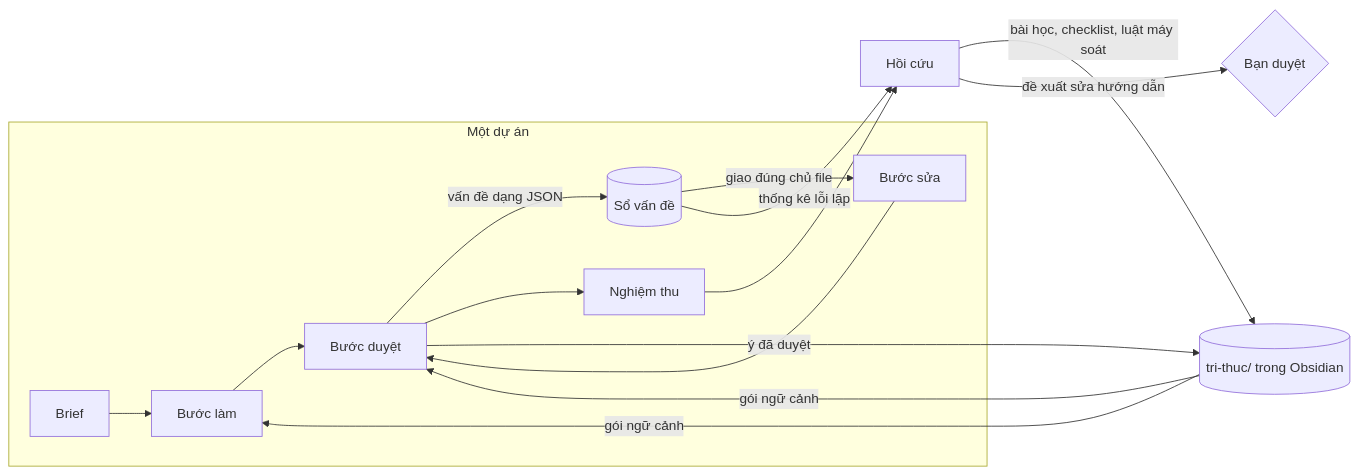
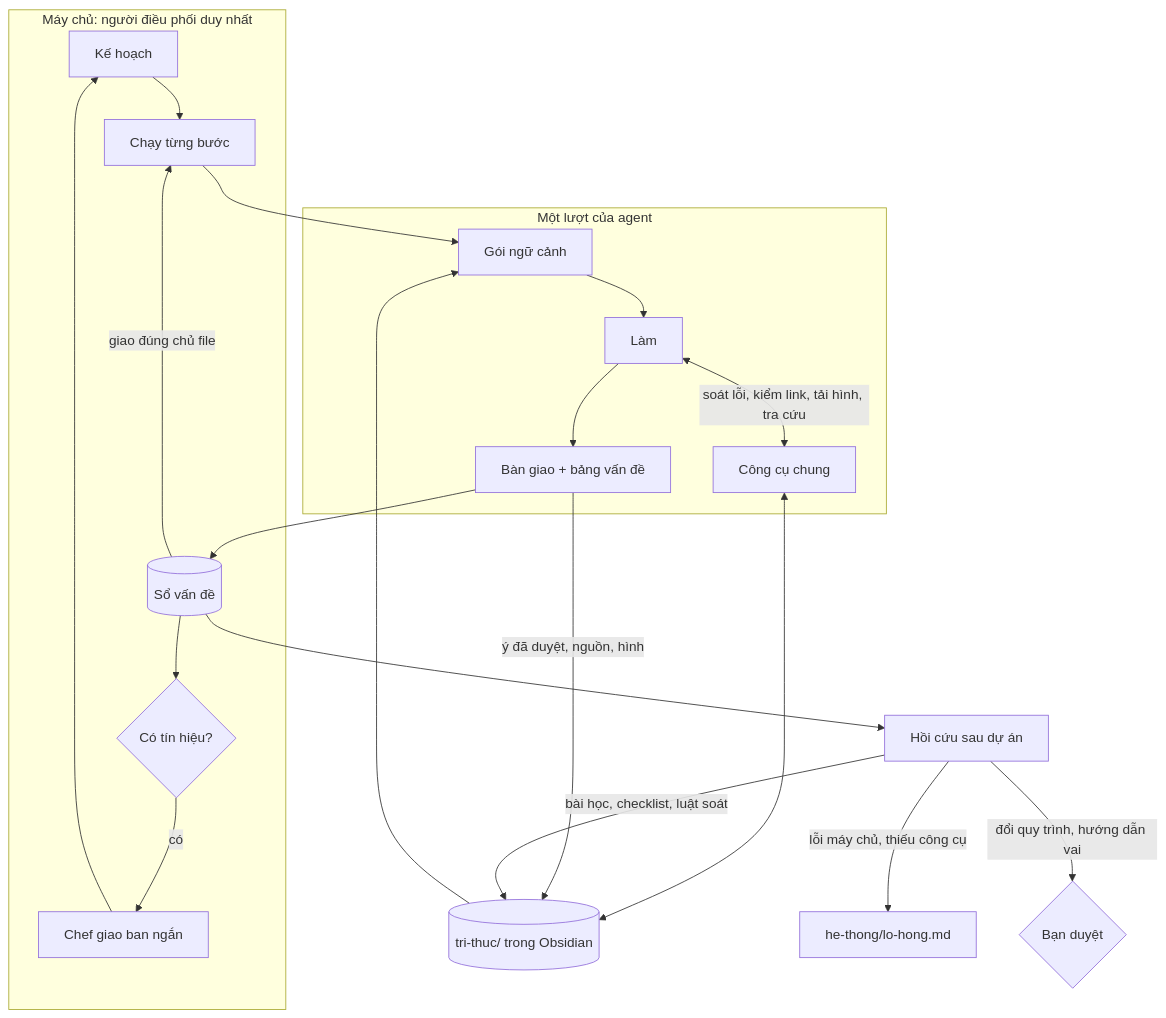
One commit to TranThinh96/yoga-lab-pixel changed the diagram in docs/ke-hoach-tri-nao.md. Above: the diagram before and after it, drawn with Mermaid. The commit also changed other lines of this file, not shown here.

First line of the commit message:
Viết lại kế hoạch trí não (bản 2): số liệu kiểm chứng, gốc lỗi, công cụ chung, lộ trình có tiêu chí xong

````diff
--- a/docs/ke-hoach-tri-nao.md
+++ b/docs/ke-hoach-tri-nao.md
@@ -63,16 +115,23 @@
 ```mermaid
-flowchart LR
-  subgraph DuAn[Một dự án]
-    B[Brief] --> S[Bước làm] --> R[Bước duyệt]
-    R -- vấn đề dạng JSON --> L[(Sổ vấn đề)]
-    L -- giao đúng chủ file --> F[Bước sửa] --> R
-    R --> N[Nghiệm thu]
+flowchart TB
+  subgraph MayChu[Máy chủ: người điều phối duy nhất]
+    KH[Kế hoạch] --> CHAY[Chạy từng bước]
+    SVD[(Sổ vấn đề)] -->|giao đúng chủ file| CHAY
+    SVD --> GB{Có tín hiệu?}
+    GB -->|có| CHEF[Chef giao ban ngắn] --> KH
   end
-  K[(tri-thuc/ trong Obsidian)] -- gói ngữ cảnh --> S
-  K -- gói ngữ cảnh --> R
-  R -- ý đã duyệt --> K
-  L -- thống kê lỗi lặp --> H[Hồi cứu]
-  N --> H
-  H -- bài học, checklist, luật máy soát --> K
-  H -- đề xuất sửa hướng dẫn --> O{Bạn duyệt}
+  subgraph Luot[Một lượt của agent]
+    GOI[Gói ngữ cảnh] --> LAM[Làm]
+    LAM <-->|soát lỗi, kiểm link, tải hình, tra cứu| CC[Công cụ chung]
+    LAM --> BG[Bàn giao + bảng vấn đề]
+  end
+  CHAY --> GOI
+  BG --> SVD
+  TT[(tri-thuc/ trong Obsidian)] --> GOI
+  CC <--> TT
+  BG -->|ý đã duyệt, nguồn, hình| TT
+  SVD --> HC[Hồi cứu sau dự án]
+  HC -->|bài học, checklist, luật soát| TT
+  HC -->|lỗi máy chủ, thiếu công cụ| LH[he-thong/lo-hong.md]
+  HC -->|đổi quy trình, hướng dẫn vai| DUYET{Bạn duyệt}
 ```
````
